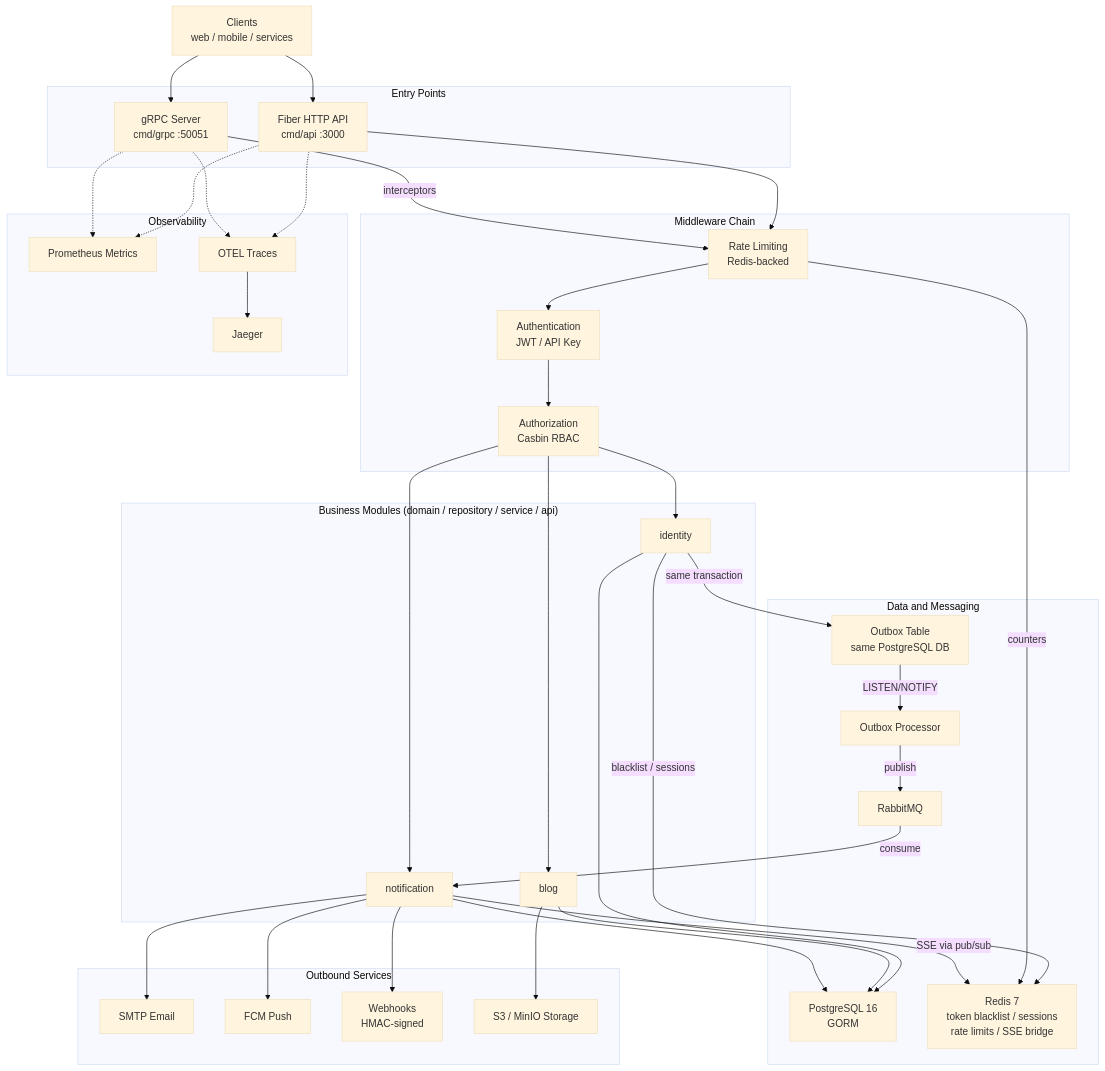
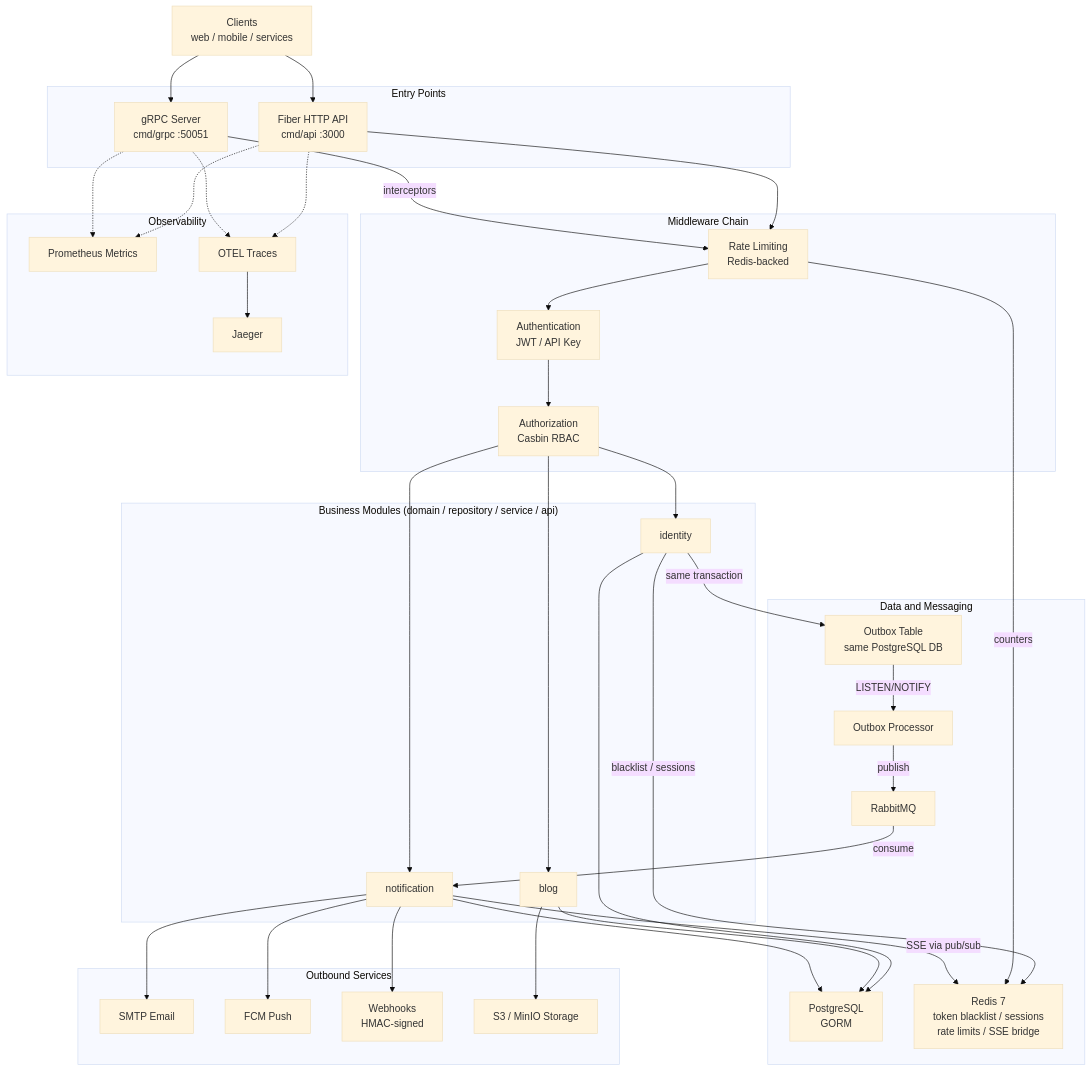
Before and after one commit to mr-kaynak/go-core: the diagram in README.md, drawn with Mermaid (base theme). The commit also changed other lines of this file and 37 other files, not shown here.

````diff
--- a/README.md
+++ b/README.md
@@ -121,74 +159,74 @@
 ```mermaid
 flowchart TB
     CLIENTS["Clients<br/>web / mobile / services"]
 
     subgraph entry["Entry Points"]
         HTTP["Fiber HTTP API<br/>cmd/api :3000"]
         GRPC["gRPC Server<br/>cmd/grpc :50051"]
     end
 
     subgraph mw["Middleware Chain"]
         RATE["Rate Limiting<br/>Redis-backed"]
         AUTH["Authentication<br/>JWT / API Key"]
         AUTHZ["Authorization<br/>Casbin RBAC"]
     end
 
     subgraph mods["Business Modules (domain / repository / service / api)"]
         IDENTITY["identity"]
         BLOG["blog"]
         NOTIF["notification"]
     end
 
     subgraph data["Data and Messaging"]
-        PG["PostgreSQL 16<br/>GORM"]
+        PG["PostgreSQL<br/>GORM"]
         OUTBOX["Outbox Table<br/>same PostgreSQL DB"]
         OUTPROC["Outbox Processor"]
         RMQ["RabbitMQ"]
         REDIS["Redis 7<br/>token blacklist / sessions<br/>rate limits / SSE bridge"]
     end
 
     subgraph ext["Outbound Services"]
         SMTP["SMTP Email"]
         FCM["FCM Push"]
         WEBHOOK["Webhooks<br/>HMAC-signed"]
         S3["S3 / MinIO Storage"]
     end
 
     subgraph obs["Observability"]
         PROM["Prometheus Metrics"]
         OTEL["OTEL Traces"]
         JAEGER["Jaeger"]
     end
 
     CLIENTS --> HTTP
     CLIENTS --> GRPC
     HTTP --> RATE
     GRPC -->|"interceptors"| RATE
     RATE --> AUTH
     AUTH --> AUTHZ
     AUTHZ --> IDENTITY
     AUTHZ --> BLOG
     AUTHZ --> NOTIF
 
     IDENTITY --> PG
     BLOG --> PG
     NOTIF --> PG
     IDENTITY -->|"blacklist / sessions"| REDIS
     RATE -->|"counters"| REDIS
     IDENTITY -->|"same transaction"| OUTBOX
     OUTBOX -->|"LISTEN/NOTIFY"| OUTPROC
     OUTPROC -->|"publish"| RMQ
     RMQ -->|"consume"| NOTIF
 
     NOTIF --> SMTP
     NOTIF --> FCM
     NOTIF --> WEBHOOK
     NOTIF -->|"SSE via pub/sub"| REDIS
     BLOG --> S3
 
     HTTP -.-> PROM
     GRPC -.-> PROM
     HTTP -.-> OTEL
     GRPC -.-> OTEL
     OTEL --> JAEGER
 ```
````
